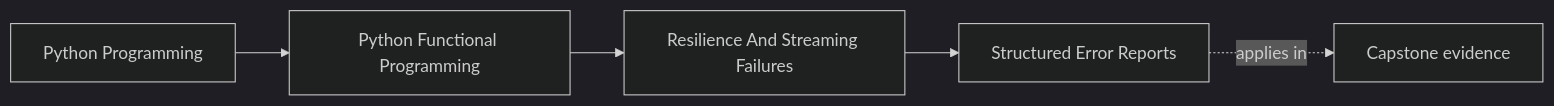
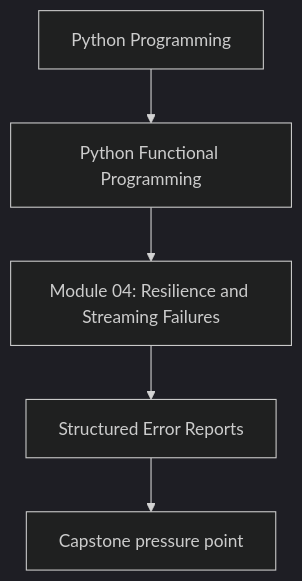
Before and after one commit to bijux/bijux-masterclass: the first of 2 diagrams in programs/python-programming/python-functional-programming/course-book/module-04-resilience-and-streaming-failures/structured-error-reports.md, drawn with Mermaid (dark theme). The commit also changed other lines of this file and 118 other files, not shown here.

Commit message:
docs(python-functional-programming): align concept page diagrams

````diff
--- a/programs/python-programming/python-functional-programming/course-book/module-04-resilience-and-streaming-failures/structured-error-reports.md
+++ b/programs/python-programming/python-functional-programming/course-book/module-04-resilience-and-streaming-failures/structured-error-reports.md
@@ -7,11 +7,7 @@
 ```mermaid
-graph LR
-  family["Python Programming"]
-  program["Python Functional Programming"]
-  section["Resilience And Streaming Failures"]
-  page["Structured Error Reports"]
-  capstone["Capstone evidence"]
-
-  family --> program --> section --> page
-  page -.applies in.-> capstone
+flowchart TD
+  family["Python Programming"] --> program["Python Functional Programming"]
+  program --> module["Module 04: Resilience and Streaming Failures"]
+  module --> concept["Structured Error Reports"]
+  concept --> capstone["Capstone pressure point"]
 ```
````
